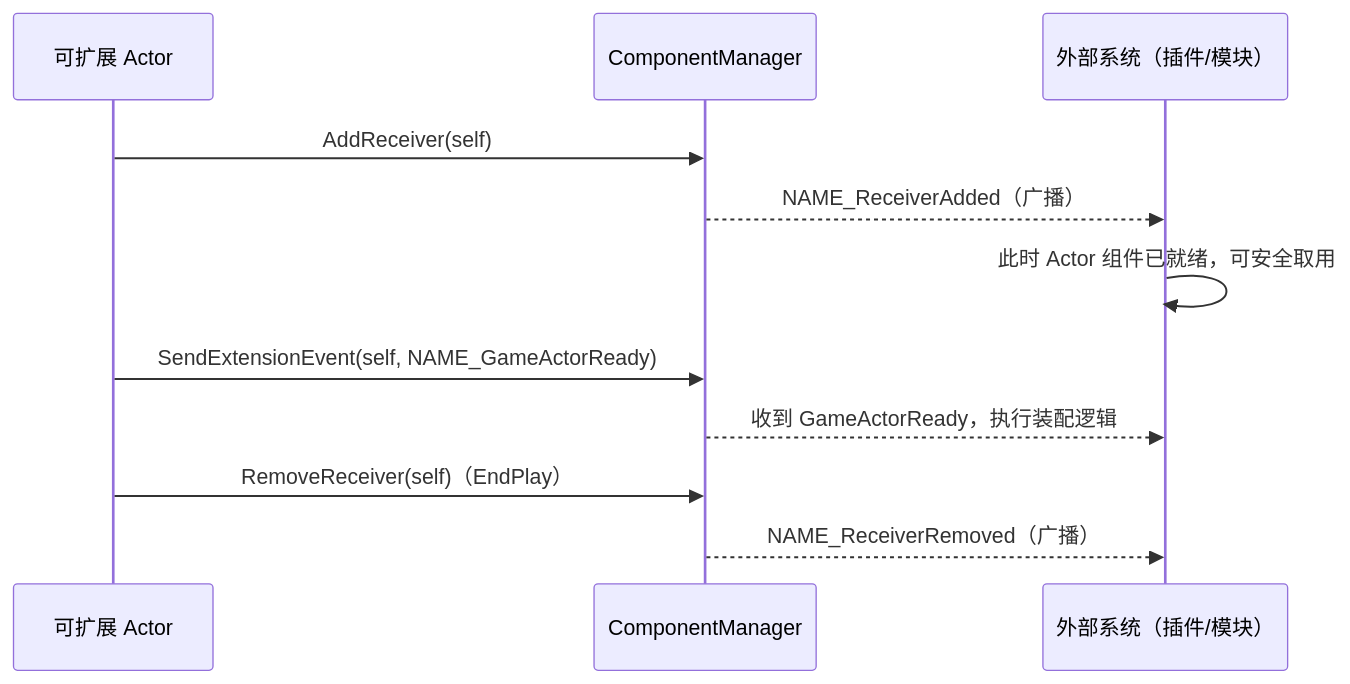
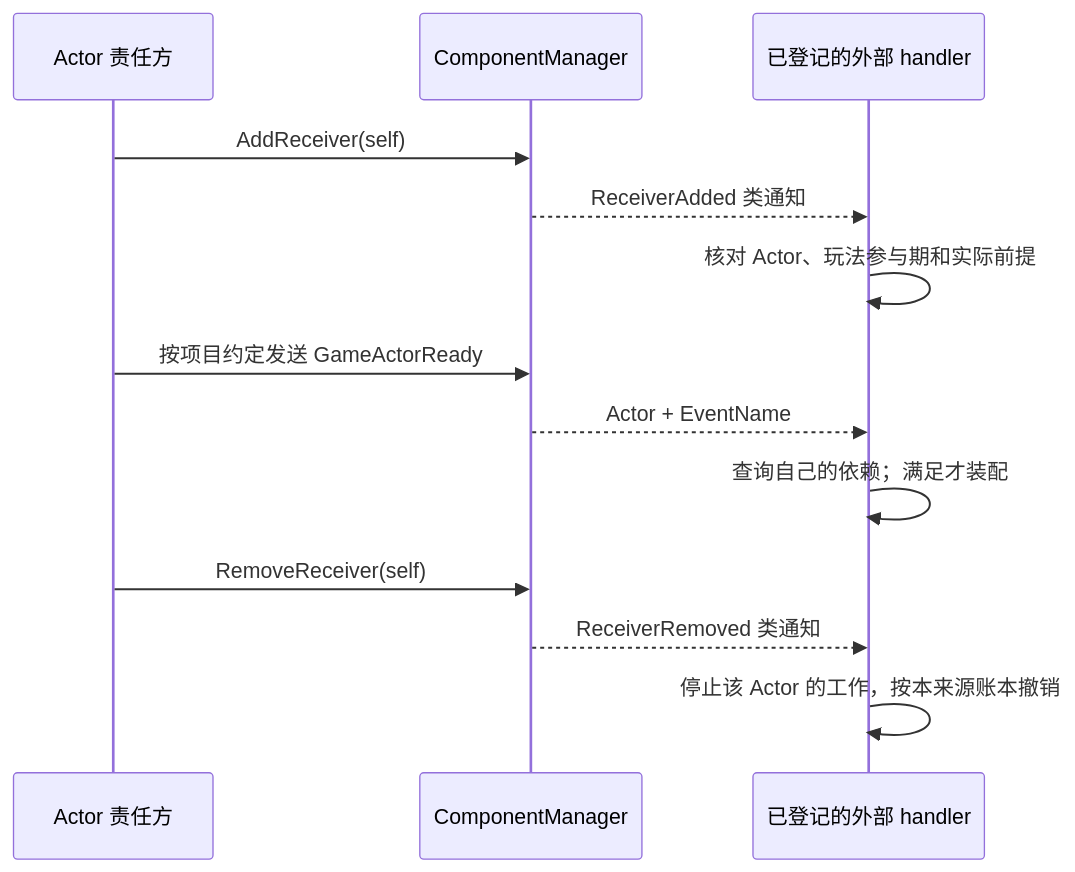
One commit to fantuan812/learning changed the third of 5 diagrams in 知识/05-Gameplay与交互系统/玩法架构与任务协作/08-ModularGameplay模块化玩法.md. Above: the diagram before and after it, drawn with Mermaid. The commit also changed other lines of this file and 2 other files, not shown here.

````diff
--- a/知识/05-Gameplay与交互系统/玩法架构与任务协作/08-ModularGameplay模块化玩法.md
+++ b/知识/05-Gameplay与交互系统/玩法架构与任务协作/08-ModularGameplay模块化玩法.md
@@ -111,14 +115,15 @@
 ```mermaid
 sequenceDiagram
-    participant ACT as 可扩展 Actor
+    participant ACT as Actor 责任方
     participant GM as ComponentManager
-    participant SYS as 外部系统（插件/模块）
-
+    participant SYS as 已登记的外部 handler
     ACT->>GM: AddReceiver(self)
-    GM-->>SYS: NAME_ReceiverAdded（广播）
-    SYS->>SYS: 此时 Actor 组件已就绪，可安全取用
-    ACT->>GM: SendExtensionEvent(self, NAME_GameActorReady)
-    GM-->>SYS: 收到 GameActorReady，执行装配逻辑
-    ACT->>GM: RemoveReceiver(self)（EndPlay）
-    GM-->>SYS: NAME_ReceiverRemoved（广播）
+    GM-->>SYS: ReceiverAdded 类通知
+    SYS->>SYS: 核对 Actor、玩法参与期和实际前提
+    ACT->>GM: 按项目约定发送 GameActorReady
+    GM-->>SYS: Actor + EventName
+    SYS->>SYS: 查询自己的依赖；满足才装配
+    ACT->>GM: RemoveReceiver(self)
+    GM-->>SYS: ReceiverRemoved 类通知
+    SYS->>SYS: 停止该 Actor 的工作，按本来源账本撤销
 ```
````
